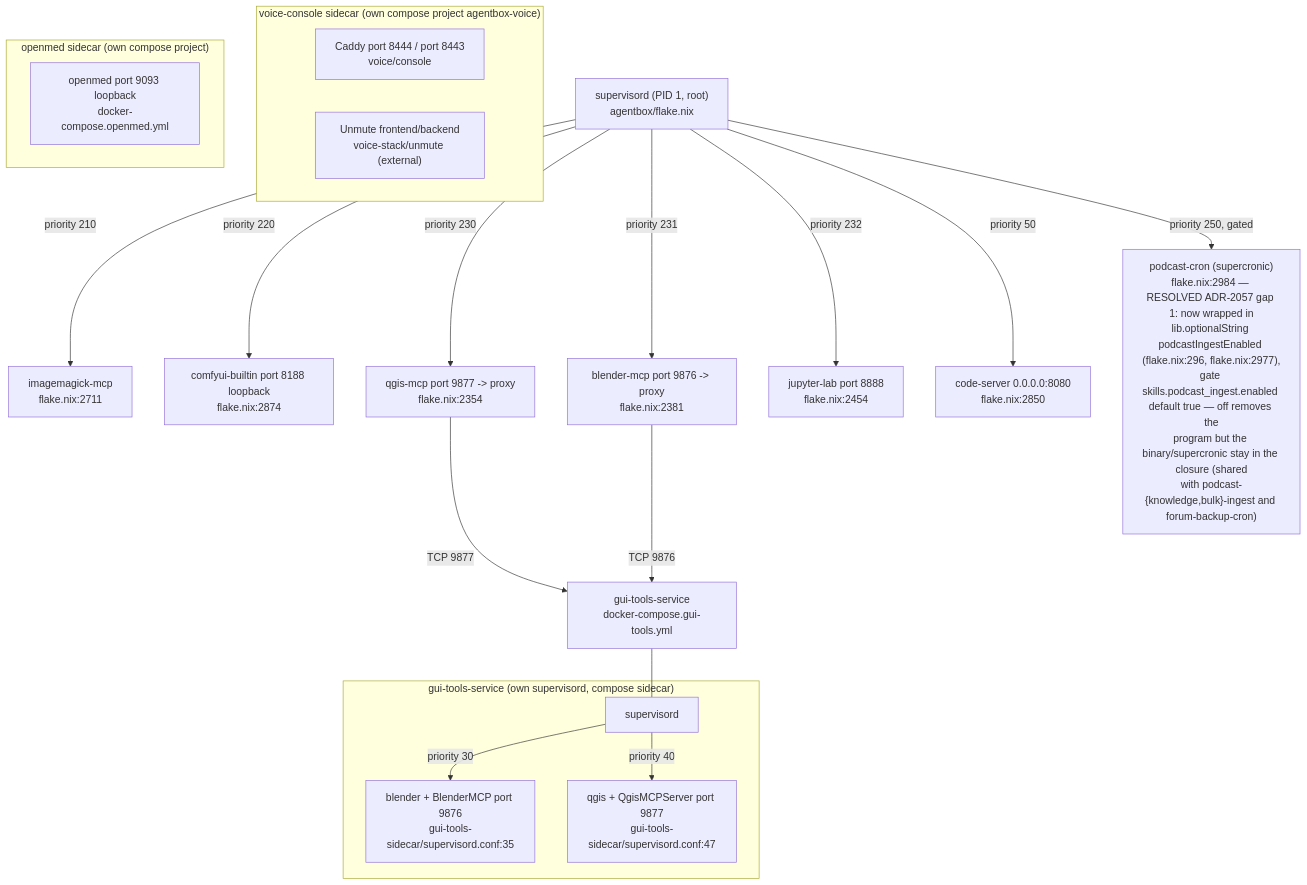
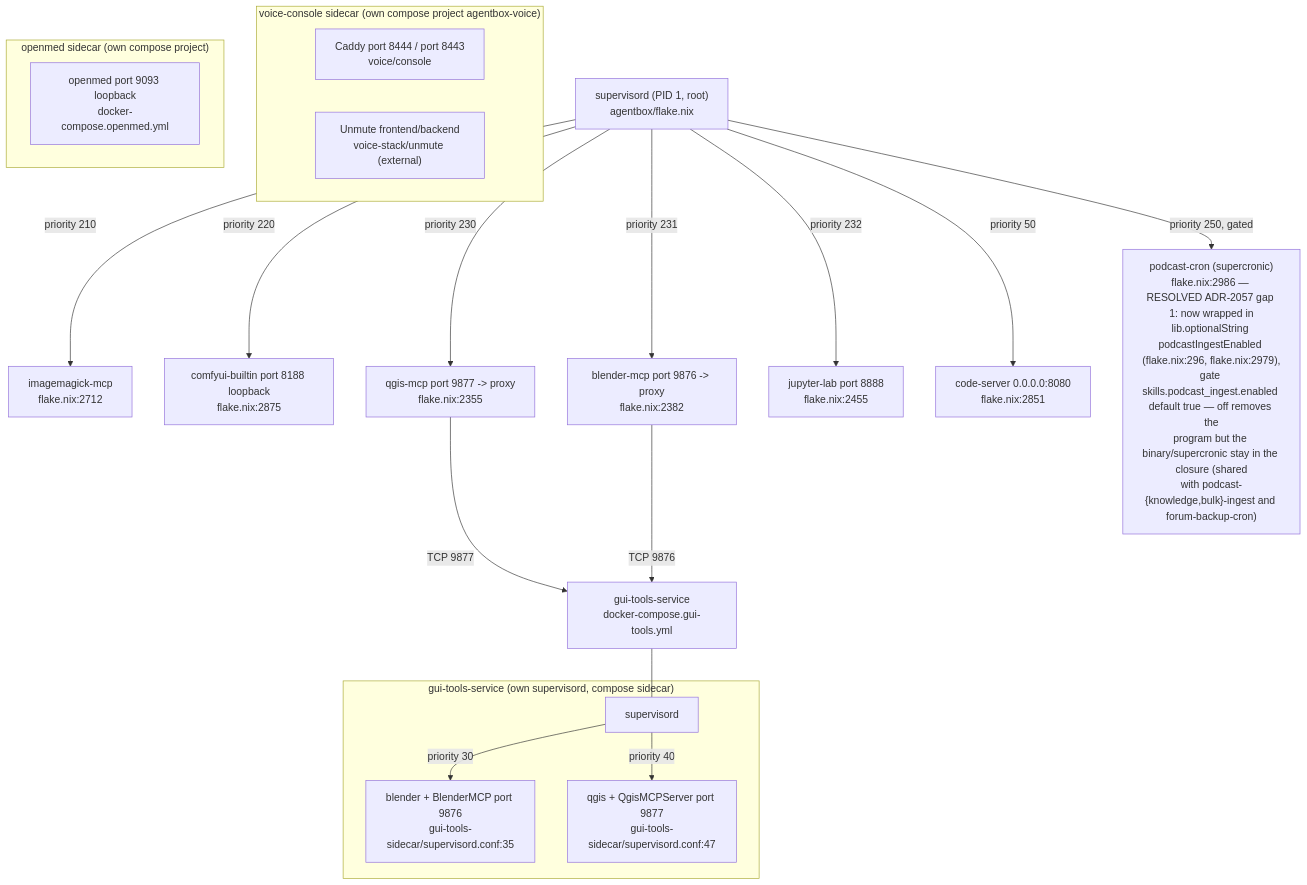
One commit to DreamLab-AI/VisionFlow changed the tenth of 14 diagrams in docs/diagrams/agentbox/27-media-gpu-capability-services.md. Above: the diagram before and after it, drawn with Mermaid. The commit also changed other lines of this file and 173 other files, not shown here.

````diff
--- a/docs/diagrams/agentbox/27-media-gpu-capability-services.md
+++ b/docs/diagrams/agentbox/27-media-gpu-capability-services.md
@@ -326,30 +328,30 @@
 ```mermaid
 flowchart TB
     SUP["supervisord (PID 1, root)<br/>agentbox/flake.nix"]
-    SUP -->|priority 210| IM["imagemagick-mcp<br/>flake.nix:2711"]
-    SUP -->|priority 220| CB["comfyui-builtin port 8188 loopback<br/>flake.nix:2874"]
-    SUP -->|priority 230| QM["qgis-mcp port 9877 -> proxy<br/>flake.nix:2354"]
-    SUP -->|priority 231| BM["blender-mcp port 9876 -> proxy<br/>flake.nix:2381"]
-    SUP -->|priority 232| JL["jupyter-lab port 8888<br/>flake.nix:2454"]
-    SUP -->|priority 50| CS["code-server 0.0.0.0:8080<br/>flake.nix:2850"]
-    SUP -->|priority 250, gated| PC["podcast-cron (supercronic)<br/>flake.nix:2984 — RESOLVED ADR-2057 gap 1: now wrapped in<br/>lib.optionalString podcastIngestEnabled (flake.nix:296, flake.nix:2977),<br/>gate skills.podcast_ingest.enabled default true — off removes the<br/>program but the binary/supercronic stay in the closure (shared<br/>with podcast-{knowledge,bulk}-ingest and forum-backup-cron)"]
+    SUP -->|priority 210| IM["imagemagick-mcp<br/>flake.nix:2712"]
+    SUP -->|priority 220| CB["comfyui-builtin port 8188 loopback<br/>flake.nix:2875"]
+    SUP -->|priority 230| QM["qgis-mcp port 9877 -> proxy<br/>flake.nix:2355"]
+    SUP -->|priority 231| BM["blender-mcp port 9876 -> proxy<br/>flake.nix:2382"]
+    SUP -->|priority 232| JL["jupyter-lab port 8888<br/>flake.nix:2455"]
+    SUP -->|priority 50| CS["code-server 0.0.0.0:8080<br/>flake.nix:2851"]
+    SUP -->|priority 250, gated| PC["podcast-cron (supercronic)<br/>flake.nix:2986 — RESOLVED ADR-2057 gap 1: now wrapped in<br/>lib.optionalString podcastIngestEnabled (flake.nix:296, flake.nix:2979),<br/>gate skills.podcast_ingest.enabled default true — off removes the<br/>program but the binary/supercronic stay in the closure (shared<br/>with podcast-{knowledge,bulk}-ingest and forum-backup-cron)"]
 
     QM -->|TCP 9877| GTS["gui-tools-service<br/>docker-compose.gui-tools.yml"]
     BM -->|TCP 9876| GTS
 
     subgraph sidecar["gui-tools-service (own supervisord, compose sidecar)"]
         GSUP["supervisord"]
         GSUP -->|priority 30| GB["blender + BlenderMCP port 9876<br/>gui-tools-sidecar/supervisord.conf:35"]
         GSUP -->|priority 40| GQ["qgis + QgisMCPServer port 9877<br/>gui-tools-sidecar/supervisord.conf:47"]
     end
     GTS --- GSUP
 
     subgraph voicesc["voice-console sidecar (own compose project agentbox-voice)"]
         CADDY["Caddy port 8444 / port 8443<br/>voice/console"]
         UNMUTE["Unmute frontend/backend<br/>voice-stack/unmute (external)"]
     end
 
     subgraph openmedsc["openmed sidecar (own compose project)"]
         OM["openmed port 9093 loopback<br/>docker-compose.openmed.yml"]
     end
 ```
````
